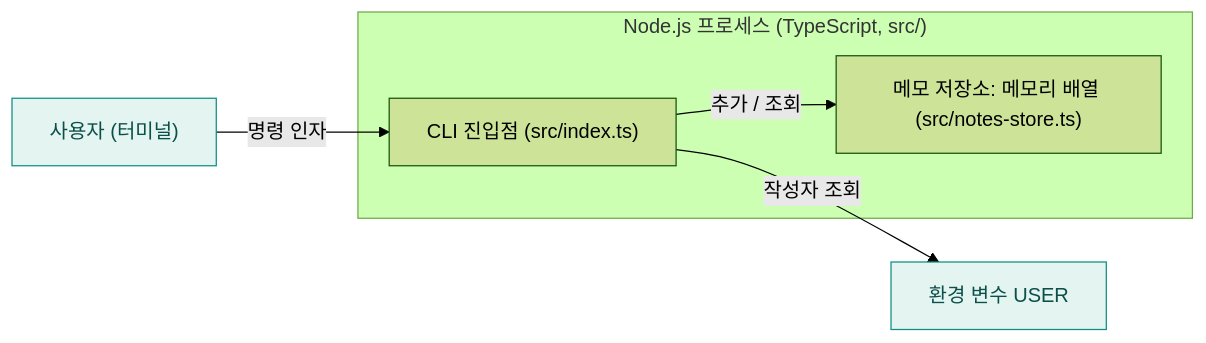
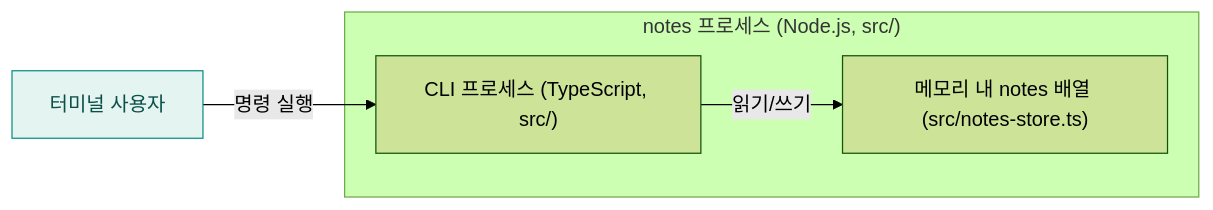
Before and after one commit to hxxnn/codemap: the second of 3 diagrams in examples/ts-notes-cli/docs/codemap/architecture.md, drawn with Mermaid (forest theme). The commit also changed other lines of this file and 45 other files, not shown here.

````diff
--- a/examples/ts-notes-cli/docs/codemap/architecture.md
+++ b/examples/ts-notes-cli/docs/codemap/architecture.md
@@ -31,13 +31,11 @@
 ```mermaid
 flowchart LR
-  user["사용자 (터미널)"]:::external
-  subgraph proc["Node.js 프로세스 (TypeScript, src/)"]
-    entry["CLI 진입점 (src/index.ts)"]
-    mem["메모 저장소: 메모리 배열 (src/notes-store.ts)"]
+  user["터미널 사용자"]:::external
+  subgraph proc["notes 프로세스 (Node.js, src/)"]
+    cli["CLI 프로세스 (TypeScript, src/)"]
+    mem["메모리 내 notes 배열 (src/notes-store.ts)"]
   end
-  env["환경 변수 USER"]:::external
-  user -->|"명령 인자"| entry
-  entry -->|"추가 / 조회"| mem
-  entry -->|"작성자 조회"| env
+  user -->|"명령 실행"| cli
+  cli -->|"읽기/쓰기"| mem
   classDef external fill:#E3F4F1,stroke:#0E8F83,color:#0B4F49
 ```
````
